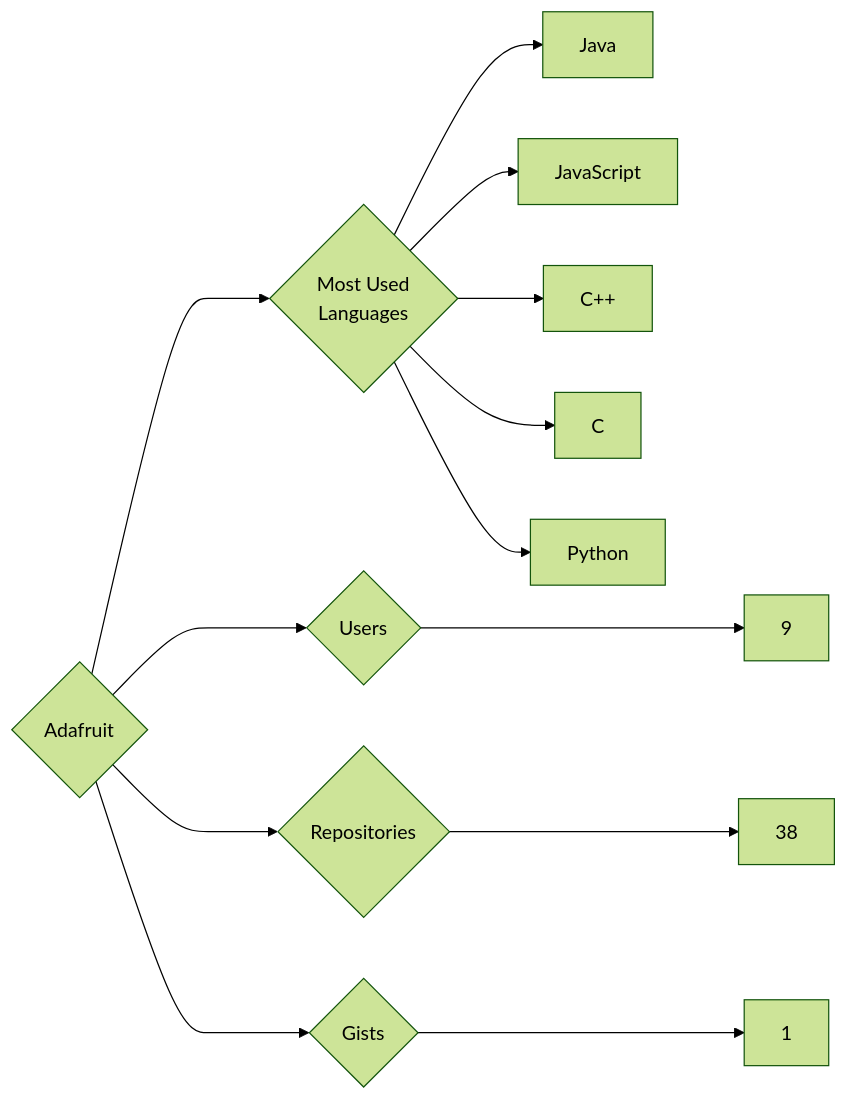
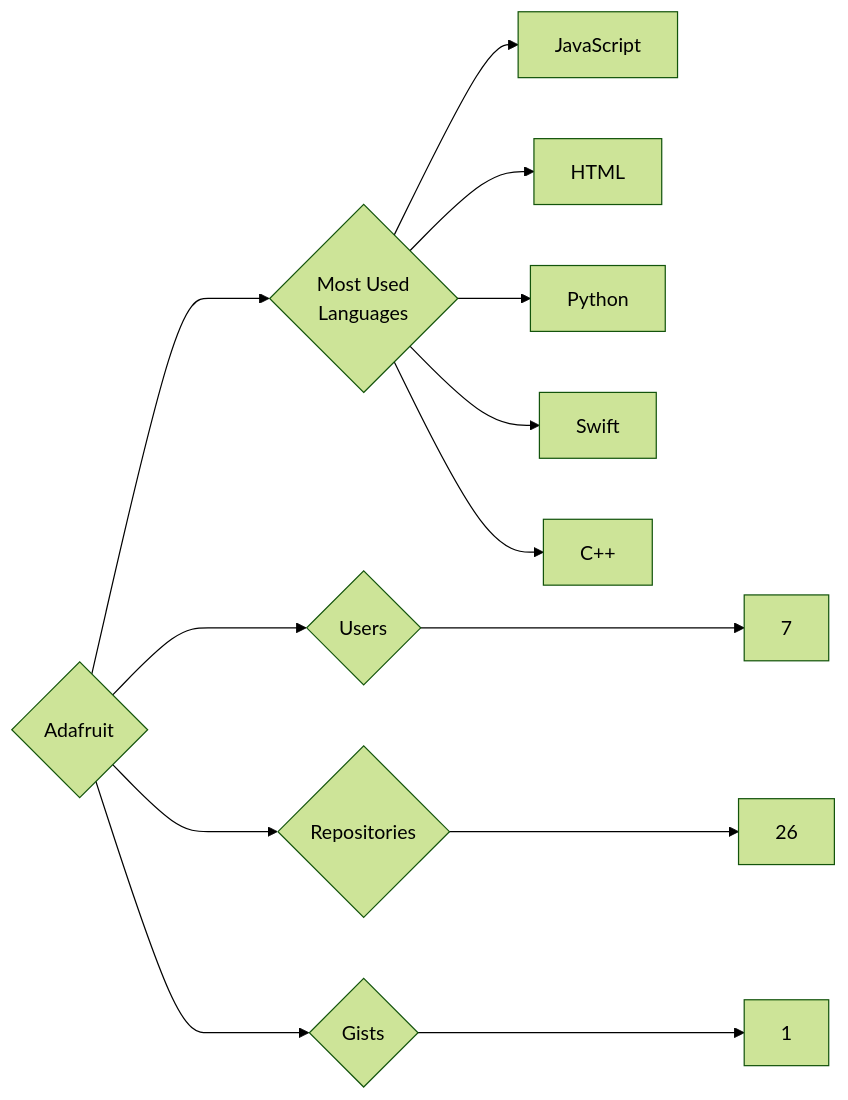
The diagram in targets/Adafruit/README.md (trickest/insiders), drawn with Mermaid (forest theme) before and after one commit. The commit also changed 1212 other files, not shown here.

````diff
--- a/targets/Adafruit/README.md
+++ b/targets/Adafruit/README.md
@@ -3,13 +3,13 @@
 ```mermaid
 graph LR
 COMPANY_NAME{Adafruit}
-COMPANY_NAME ---> U{Users} ---> UN[9]
-COMPANY_NAME ---> R{Repositories} ---> RN[38]
+COMPANY_NAME ---> U{Users} ---> UN[7]
+COMPANY_NAME ---> R{Repositories} ---> RN[26]
 COMPANY_NAME ---> G{Gists} ---> GN[1]
 COMPANY_NAME ---> ML{Most Used<br>Languages}
-ML --> Java[Java]
 ML --> JavaScript[JavaScript]
+ML --> HTML[HTML]
+ML --> Python[Python]
+ML --> Swift[Swift]
 ML --> C++[C++]
-ML --> C[C]
-ML --> Python[Python]
 ```
````
